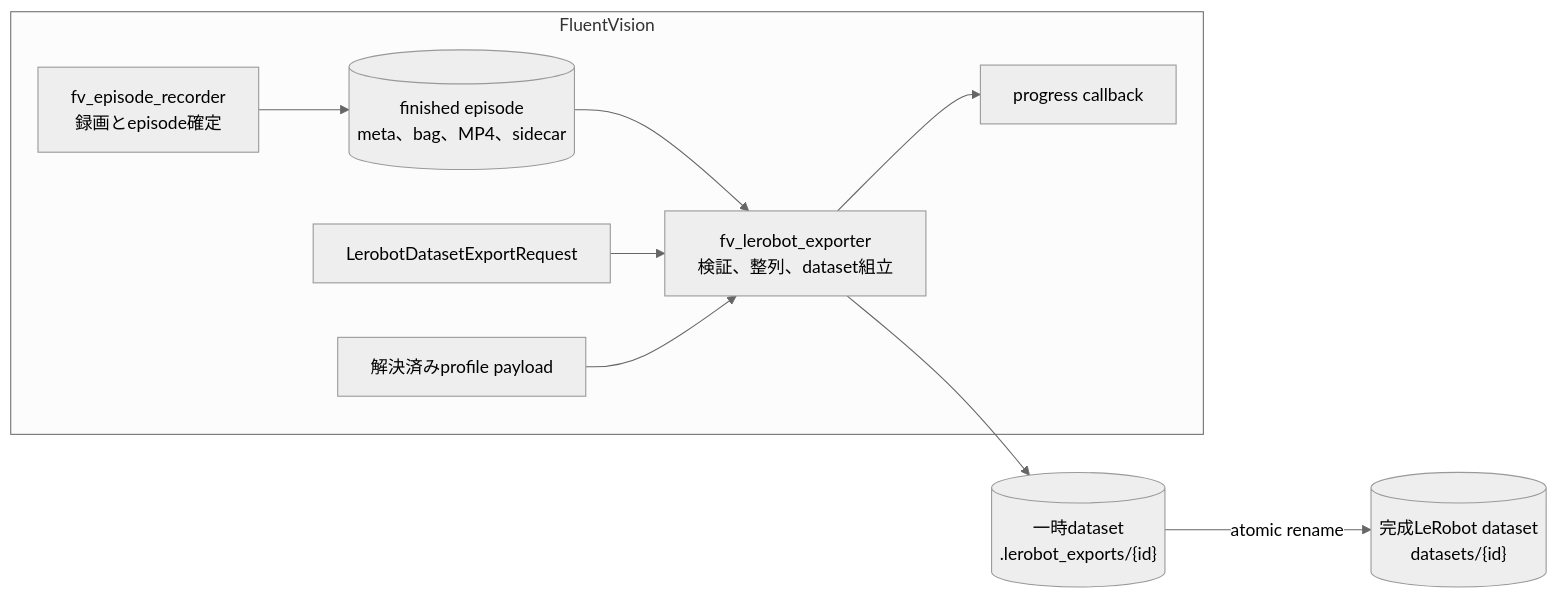
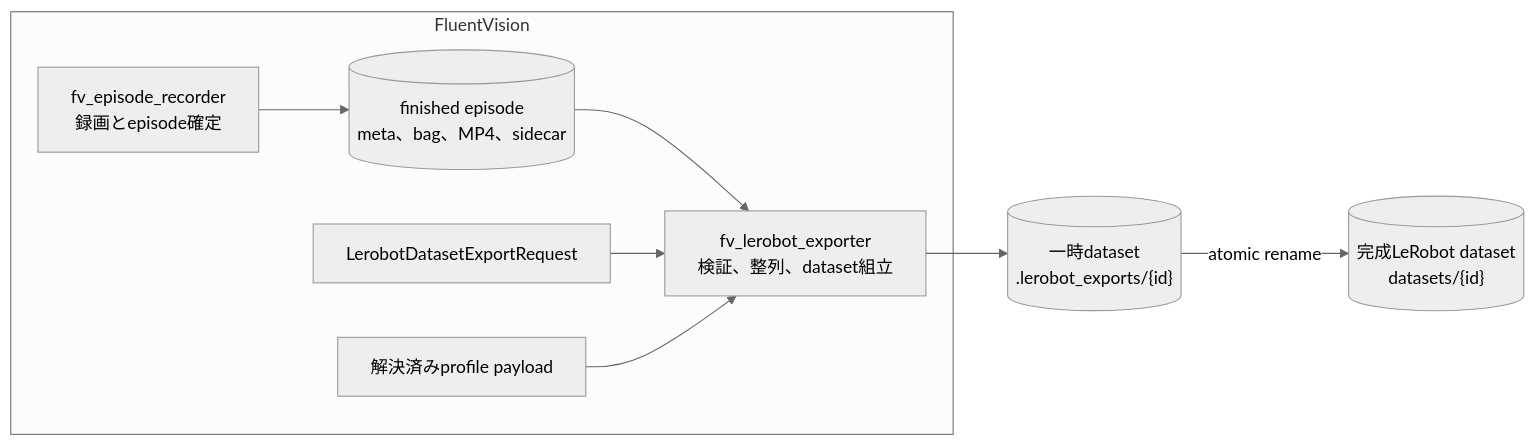
One commit to takatronix/fluent_vision_ros2 changed the first of 11 diagrams in src/streaming/fv_lerobot_exporter/docs/lerobot_dataset_export.md. Above: the diagram before and after it, drawn with Mermaid (neutral theme). The commit also changed other lines of this file and 21 other files, not shown here.

````diff
--- a/src/streaming/fv_lerobot_exporter/docs/lerobot_dataset_export.md
+++ b/src/streaming/fv_lerobot_exporter/docs/lerobot_dataset_export.md
@@ -19,21 +19,19 @@
 ```mermaid
 flowchart LR
     subgraph FV["FluentVision"]
         REC["fv_episode_recorder<br/>録画とepisode確定"]
         RAW[("finished episode<br/>meta、bag、MP4、sidecar")]
         REQUEST["LerobotDatasetExportRequest"]
         PROFILE["解決済みprofile payload"]
         CORE["fv_lerobot_exporter<br/>検証、整列、dataset組立"]
-        PROGRESS["progress callback"]
     end
 
     TMP[("一時dataset<br/>.lerobot_exports/{id}")]
     DATASET[("完成LeRobot dataset<br/>datasets/{id}")]
 
     REC --> RAW
     RAW --> CORE
     REQUEST --> CORE
     PROFILE --> CORE
-    CORE --> PROGRESS
     CORE --> TMP -->|"atomic rename"| DATASET
 ```
````
